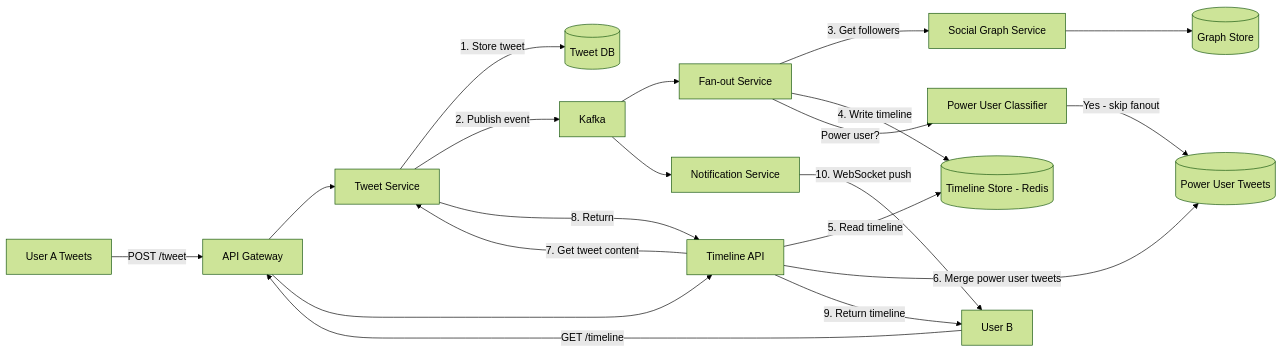
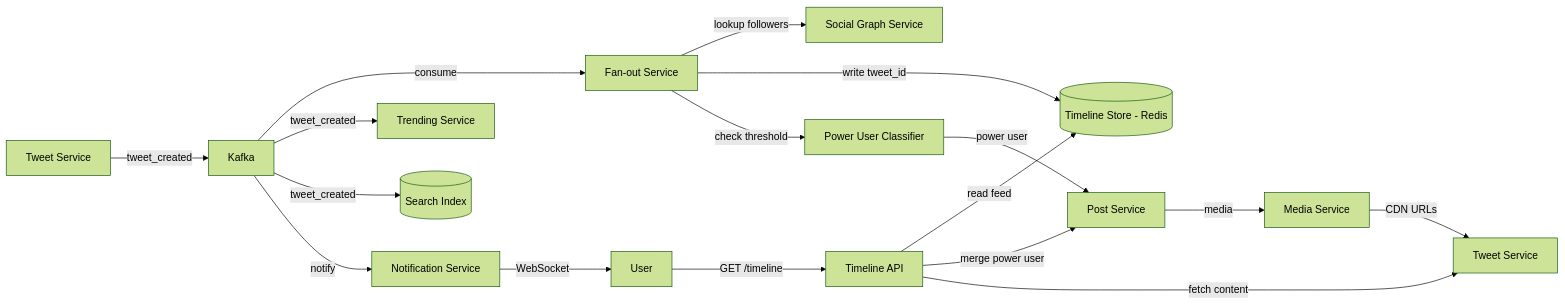
One commit to abhishekghoshh/system-design-helper changed the second of 17 diagrams in docs/system-design/high-level/designing/advanced/twitter.md. Above: the diagram before and after it, drawn with Mermaid (forest theme). The commit also changed other lines of this file and 107 other files, not shown here.

````diff
--- a/docs/system-design/high-level/designing/advanced/twitter.md
+++ b/docs/system-design/high-level/designing/advanced/twitter.md
@@ -323,22 +192,19 @@
 ```mermaid
-flowchart LR
-  UserA[User A Tweets] -->|POST /tweet| APIGW[API Gateway]
-  APIGW --> TweetSvc[Tweet Service]
-  TweetSvc -->|1. Store tweet| TweetDB[(Tweet DB)]
-  TweetSvc -->|2. Publish event| Kafka[Kafka]
-  Kafka --> Fanout[Fan-out Service]
-  Fanout -->|3. Get followers| GraphSvc[Social Graph Service]
-  GraphSvc --> GraphDB[(Graph Store)]
-  Fanout -->|4. Write timeline| TimelineStore[(Timeline Store - Redis)]
-  Fanout -->|Power user?| PowerClassifier[Power User Classifier]
-  PowerClassifier -->|Yes - skip fanout| PowerStore[(Power User Tweets)]
-  UserB[User B] -->|GET /timeline| APIGW
-  APIGW --> TimelineAPI[Timeline API]
-  TimelineAPI -->|5. Read timeline| TimelineStore
-  TimelineAPI -->|6. Merge power user tweets| PowerStore
-  TimelineAPI -->|7. Get tweet content| TweetSvc
-  TweetSvc -->|8. Return| TimelineAPI
-  TimelineAPI -->|9. Return timeline| UserB
-  Kafka --> NotifySvc[Notification Service]
-  NotifySvc -->|10. WebSocket push| UserB
+graph LR
+    A[Tweet Service] -->|tweet_created| K[Kafka]
+    K -->|consume| F[Fan-out Service]
+    F -->|lookup followers| G[Social Graph Service]
+    F -->|write tweet_id| R[(Timeline Store - Redis)]
+    F -->|check threshold| PC[Power User Classifier]
+    PC -->|power user| PS[(Power User Store)]
+    U[User] -->|GET /timeline| API[Timeline API]
+    API -->|read feed| R
+    API -->|merge power user| PS
+    API -->|fetch content| TS[Tweet Service]
+    K -->|tweet_created| T[Trending Service]
+    K -->|tweet_created| S[(Search Index)]
+    K -->|notify| N[Notification Service]
+    N -->|WebSocket| U
+    PS[Post Service] -->|media| M[Media Service]
+    M -->|CDN URLs| TS
 ```
````
